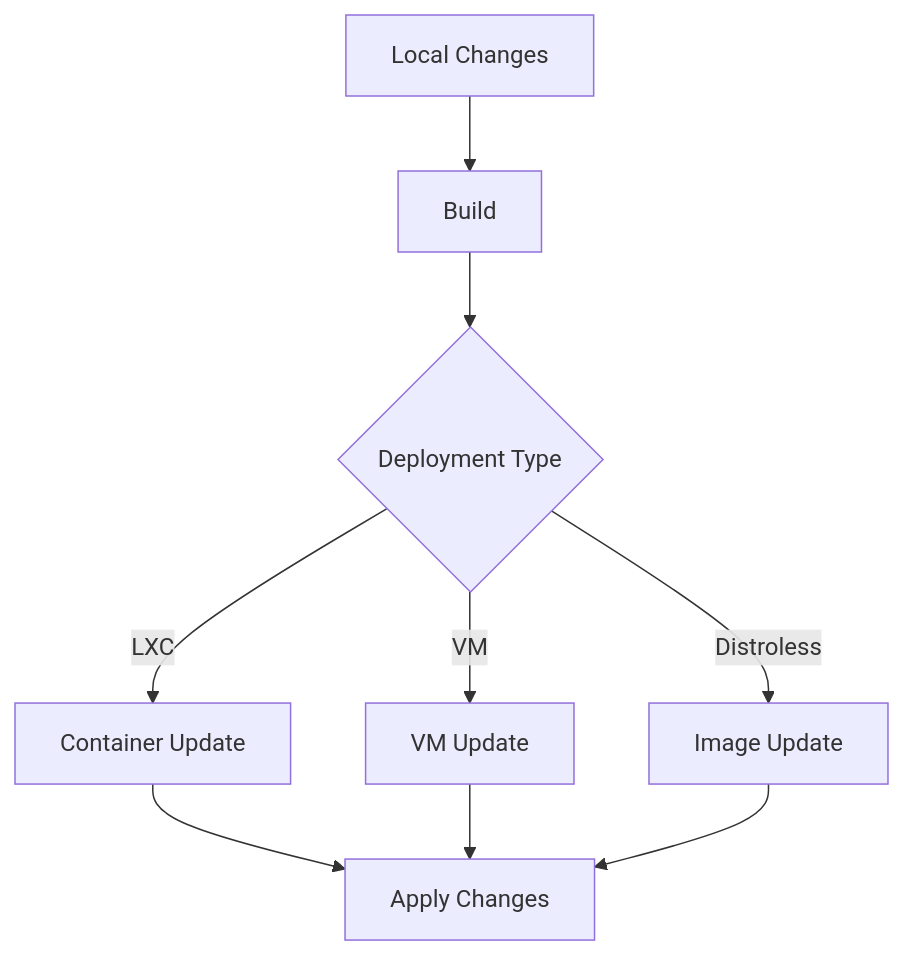
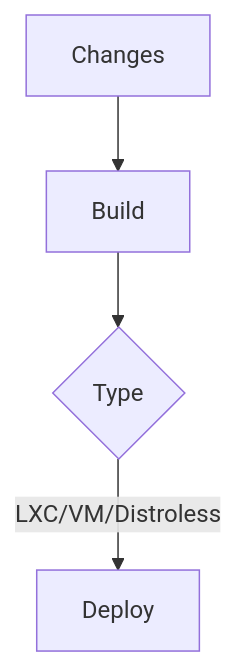
Before and after one commit to Hydepwns/nix-mox: the fifth of 6 diagrams in docs/guides/nixos-on-proxmox.md, drawn with Mermaid. The commit also changed other lines of this file and 145 other files, not shown here.

````diff
--- a/docs/guides/nixos-on-proxmox.md
+++ b/docs/guides/nixos-on-proxmox.md
@@ -149,13 +99,6 @@
 ```mermaid
 flowchart TD
-    A[Local Changes] --> B[Build]
-    B --> C{Deployment Type}
-    
-    C -->|LXC| D[Container Update]
-    C -->|VM| E[VM Update]
-    C -->|Distroless| F[Image Update]
-    
-    D --> G[Apply Changes]
-    E --> G
-    F --> G
+    A[Changes] --> B[Build]
+    B --> C{Type}
+    C -->|LXC/VM/Distroless| D[Deploy]
 ```
````
